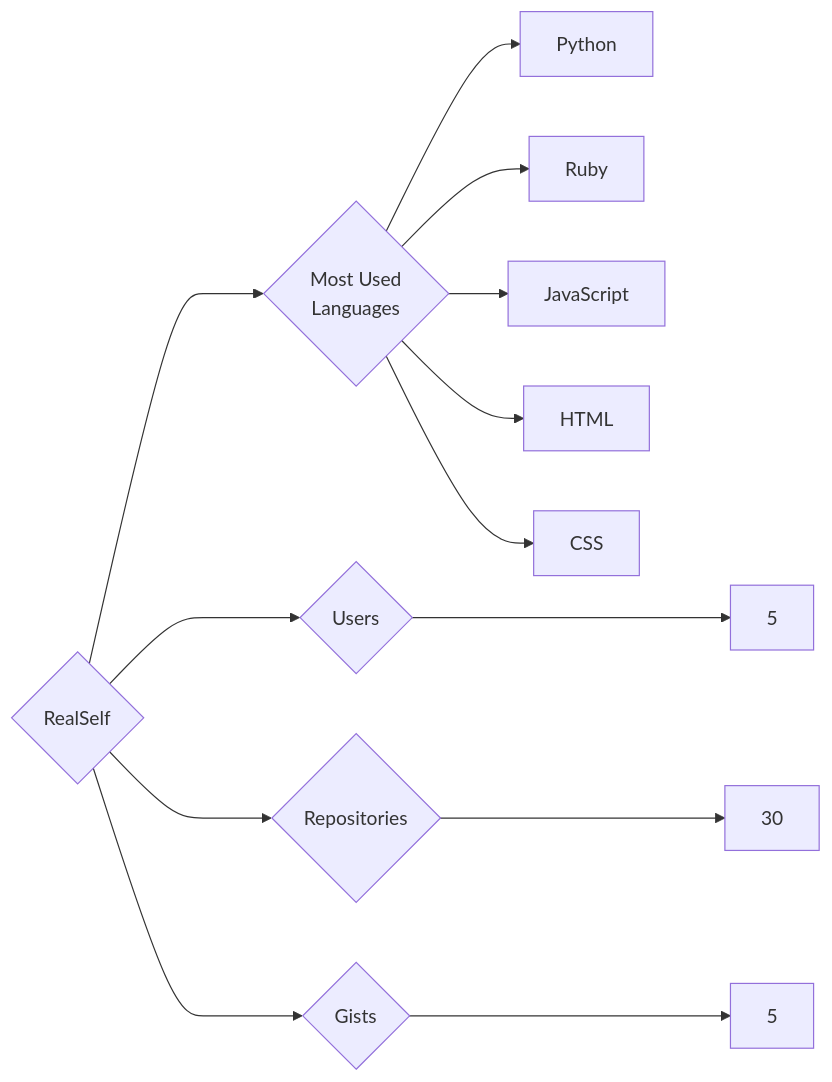
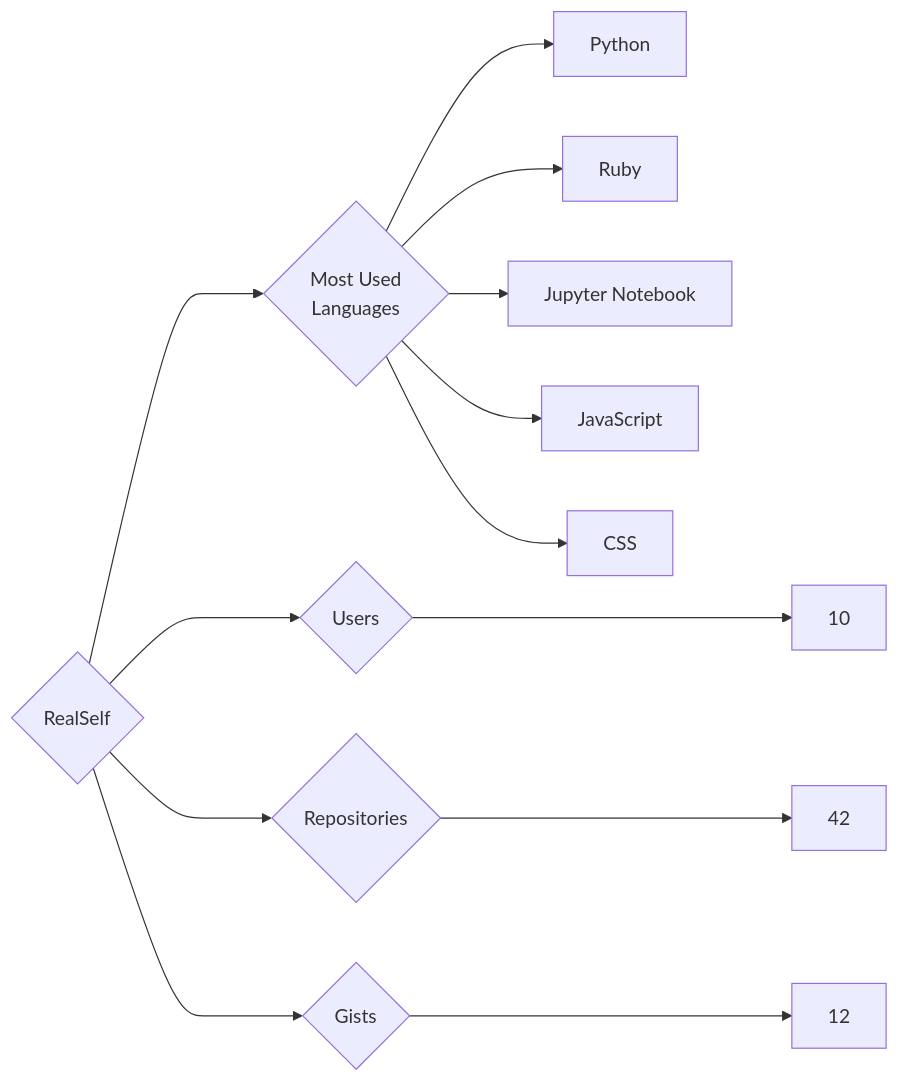
The diagram in targets/RealSelf/README.md (trickest/insiders), drawn with Mermaid before and after one commit. The commit also changed 973 other files, not shown here.

````diff
--- a/targets/RealSelf/README.md
+++ b/targets/RealSelf/README.md
@@ -3,13 +3,13 @@
 ```mermaid
 graph LR
 COMPANY_NAME{RealSelf}
-COMPANY_NAME ---> U{Users} ---> UN[5]
-COMPANY_NAME ---> R{Repositories} ---> RN[30]
-COMPANY_NAME ---> G{Gists} ---> GN[5]
+COMPANY_NAME ---> U{Users} ---> UN[10]
+COMPANY_NAME ---> R{Repositories} ---> RN[42]
+COMPANY_NAME ---> G{Gists} ---> GN[12]
 COMPANY_NAME ---> ML{Most Used<br>Languages}
 ML --> Python[Python]
 ML --> Ruby[Ruby]
+ML --> Jupyter_Notebook[Jupyter Notebook]
 ML --> JavaScript[JavaScript]
-ML --> HTML[HTML]
 ML --> CSS[CSS]
 ```
````
